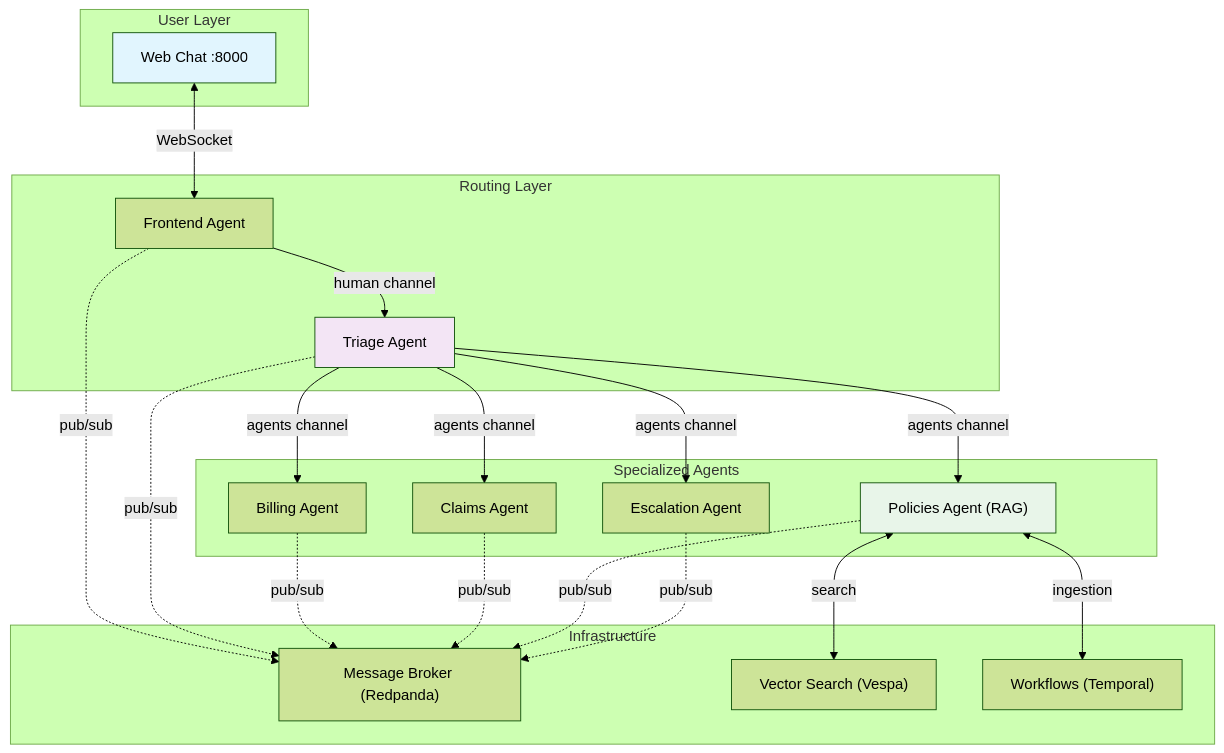
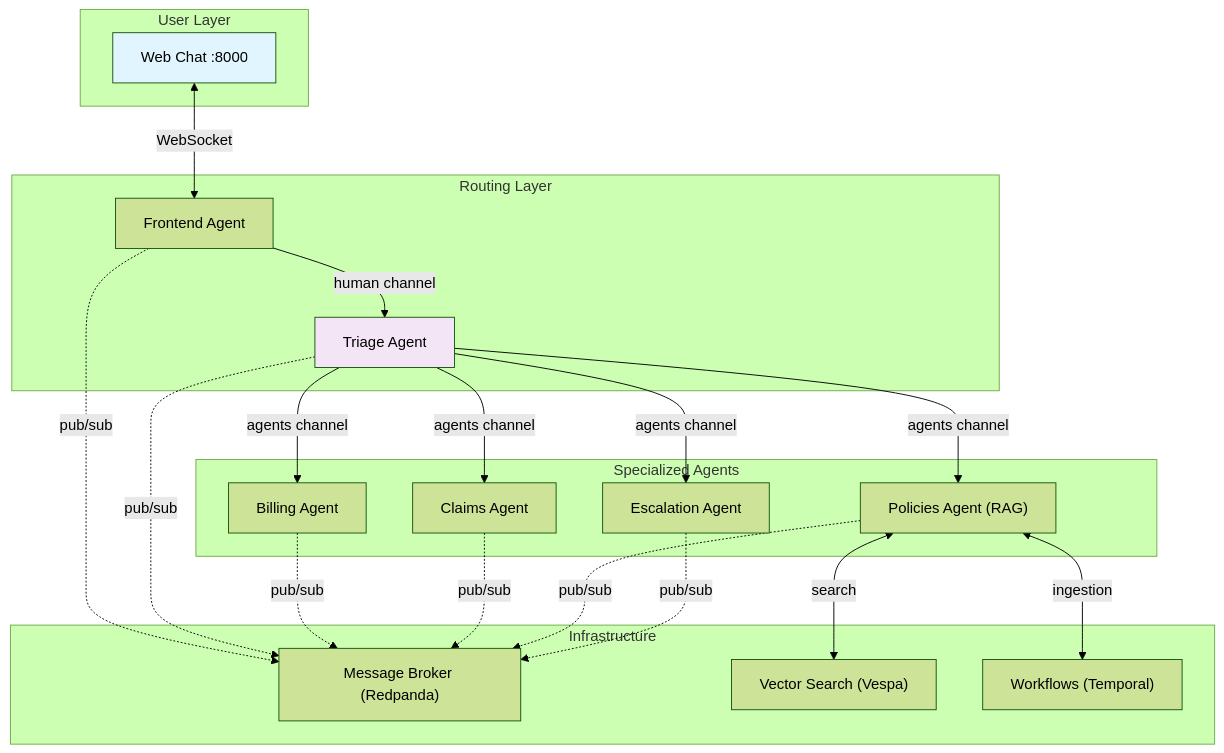
Before and after one commit to eggai-tech/eggai-demo: the diagram in docs/system-architecture.md, drawn with Mermaid (forest theme).

Commit message:
Remove special color from Policies Agent in diagram

````diff
--- a/docs/system-architecture.md
+++ b/docs/system-architecture.md
@@ -10,36 +10,35 @@
 ```mermaid
 graph TB
     subgraph "User Layer"
         UI[Web Chat :8000]
     end
     
     subgraph "Routing Layer"
         WS[Frontend Agent]
         TR[Triage Agent]
     end
     
     subgraph "Specialized Agents"
         BI[Billing Agent]
         CL[Claims Agent]
         PO["Policies Agent (RAG)"]
         ES[Escalation Agent]
     end
 
     subgraph "Infrastructure"
         RP["Message Broker (Redpanda)"]
         VE["Vector Search (Vespa)"]
         TE["Workflows (Temporal)"]
     end
     
     UI <-->|WebSocket| WS
     WS -->|human channel| TR
     TR -->|agents channel| BI & CL & PO & ES
     
     WS & TR & BI & CL & PO & ES -.->|pub/sub| RP
     PO <-->|search| VE
     PO <-->|ingestion| TE
 
     style UI fill:#e1f5fe
     style TR fill:#f3e5f5
-    style PO fill:#e8f5e9
 ```
````
